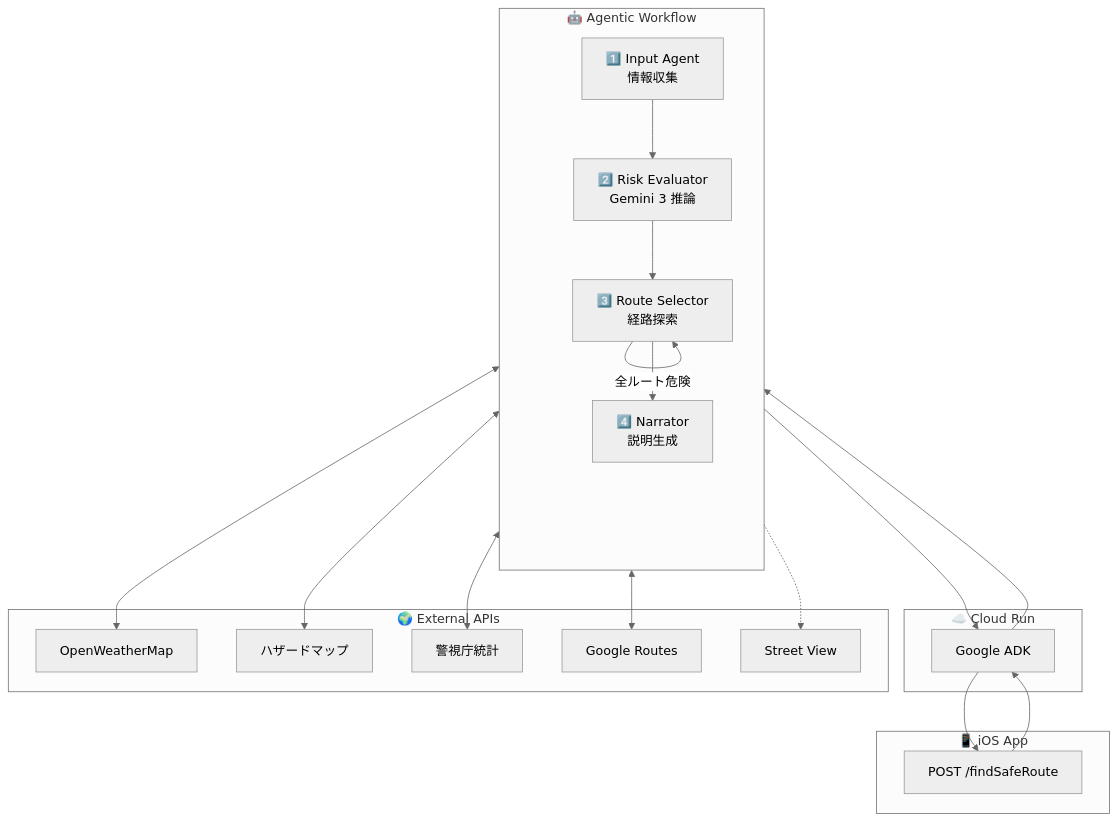
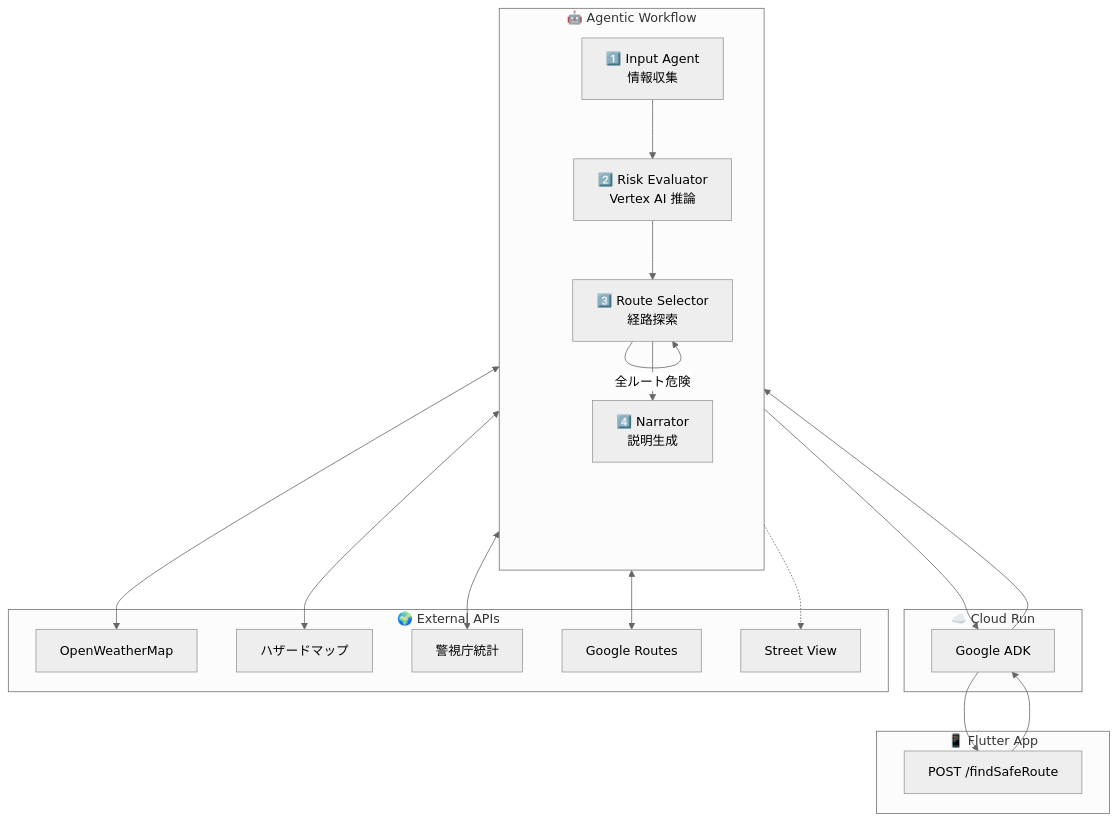
One commit to Ryg-appdev/safe-routing-ai-navigation changed the first of 6 diagrams in Docs/確定/05_詳細設計書.md. Above: the diagram before and after it, drawn with Mermaid (neutral theme). The commit also changed other lines of this file and 12 other files, not shown here.

Commit message:
docs: 全ドキュメントの整合性を修正（Flutter/Vertex AI/ADK統一）

````diff
--- a/Docs/確定/05_詳細設計書.md
+++ b/Docs/確定/05_詳細設計書.md
@@ -5,39 +5,39 @@
 ```mermaid
 flowchart TB
-    subgraph Client ["📱 iOS App"]
+    subgraph Client ["📱 Flutter App"]
         REQ["POST /findSafeRoute"]
     end
 
     subgraph Backend ["☁️ Cloud Run"]
         ADK["Google ADK"]
     end
 
     subgraph Agents ["🤖 Agentic Workflow"]
         direction TB
         A1["1️⃣ Input Agent<br/>情報収集"]
-        A2["2️⃣ Risk Evaluator<br/>Gemini 3 推論"]
+        A2["2️⃣ Risk Evaluator<br/>Vertex AI 推論"]
         A3["3️⃣ Route Selector<br/>経路探索"]
         A4["4️⃣ Narrator<br/>説明生成"]
         
         A1 --> A2
         A2 --> A3
         A3 -->|全ルート危険| A3
         A3 --> A4
     end
 
     subgraph APIs ["🌍 External APIs"]
         W["OpenWeatherMap"]
         H["ハザードマップ"]
         P["警視庁統計"]
         R["Google Routes"]
         S["Street View"]
     end
 
     REQ --> ADK --> A1
     A1 <--> W
     A1 <--> H
     A1 <--> P
     A3 <--> R
     A2 -.-> S
     A4 --> ADK --> REQ
 ```
````
